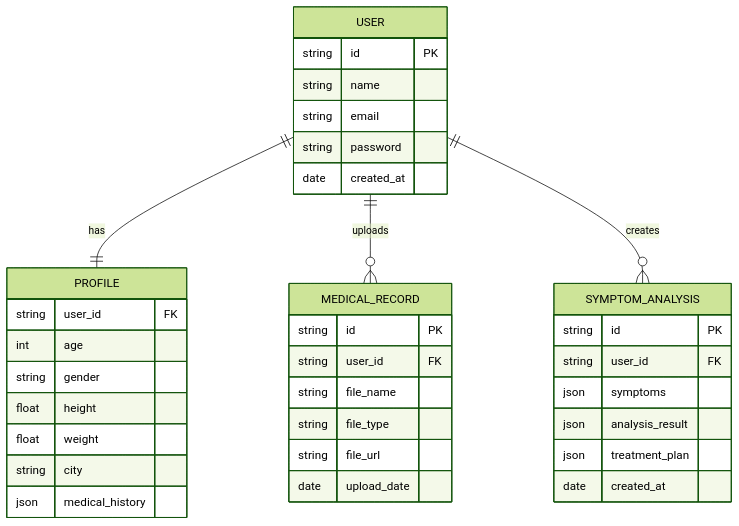
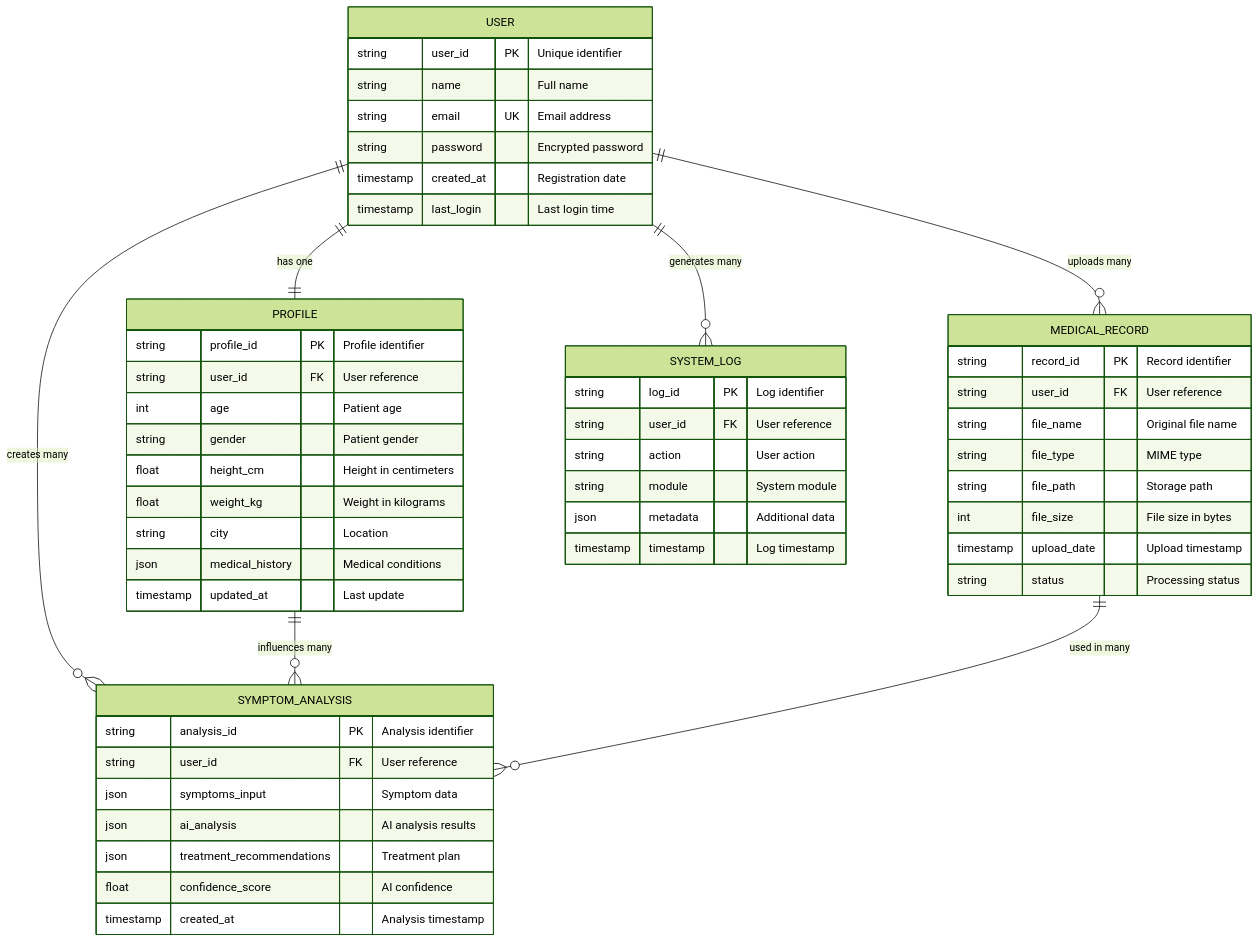
Before and after one commit to Shipra1605/health-ai-medicare-compass: the fourth of 4 diagrams in docs/Data_Flow_Diagram.md, drawn with Mermaid (forest theme). The commit also changed other lines of this file and 4 other files, not shown here.

First line of the commit message:
Refactor: Enhance diagrams for academic report

````diff
--- a/docs/Data_Flow_Diagram.md
+++ b/docs/Data_Flow_Diagram.md
@@ -86,42 +152,60 @@
 ```mermaid
 erDiagram
     USER {
-        string id PK
-        string name
-        string email
-        string password
-        date created_at
+        string user_id PK "Unique identifier"
+        string name "Full name"
+        string email UK "Email address"
+        string password "Encrypted password"
+        timestamp created_at "Registration date"
+        timestamp last_login "Last login time"
     }
     
     PROFILE {
-        string user_id FK
-        int age
-        string gender
-        float height
-        float weight
-        string city
-        json medical_history
+        string profile_id PK "Profile identifier"
+        string user_id FK "User reference"
+        int age "Patient age"
+        string gender "Patient gender"
+        float height_cm "Height in centimeters"
+        float weight_kg "Weight in kilograms"
+        string city "Location"
+        json medical_history "Medical conditions"
+        timestamp updated_at "Last update"
     }
     
     MEDICAL_RECORD {
-        string id PK
-        string user_id FK
-        string file_name
-        string file_type
-        string file_url
-        date upload_date
+        string record_id PK "Record identifier"
+        string user_id FK "User reference"
+        string file_name "Original file name"
+        string file_type "MIME type"
+        string file_path "Storage path"
+        int file_size "File size in bytes"
+        timestamp upload_date "Upload timestamp"
+        string status "Processing status"
     }
     
     SYMPTOM_ANALYSIS {
-        string id PK
-        string user_id FK
-        json symptoms
-        json analysis_result
-        json treatment_plan
-        date created_at
+        string analysis_id PK "Analysis identifier"
+        string user_id FK "User reference"
+        json symptoms_input "Symptom data"
+        json ai_analysis "AI analysis results"
+        json treatment_recommendations "Treatment plan"
+        float confidence_score "AI confidence"
+        timestamp created_at "Analysis timestamp"
     }
     
-    USER ||--|| PROFILE : "has"
-    USER ||--o{ MEDICAL_RECORD : "uploads"
-    USER ||--o{ SYMPTOM_ANALYSIS : "creates"
+    SYSTEM_LOG {
+        string log_id PK "Log identifier"
+        string user_id FK "User reference"
+        string action "User action"
+        string module "System module"
+        json metadata "Additional data"
+        timestamp timestamp "Log timestamp"
+    }
+    
+    USER ||--|| PROFILE : "has one"
+    USER ||--o{ MEDICAL_RECORD : "uploads many"
+    USER ||--o{ SYMPTOM_ANALYSIS : "creates many"
+    USER ||--o{ SYSTEM_LOG : "generates many"
+    PROFILE ||--o{ SYMPTOM_ANALYSIS : "influences many"
+    MEDICAL_RECORD ||--o{ SYMPTOM_ANALYSIS : "used in many"
 ```
````
